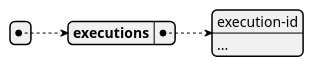
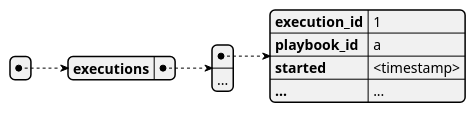
The second of 2 diagrams in docs/content/en/docs/core-components/api-reporter.md (COSSAS/SOARCA), drawn with PlantUML before and after one commit. The commit also changed other lines of this file, not shown here.

Commit message:
change reporter documentation according to review

````diff
--- a/docs/content/en/docs/core-components/api-reporter.md
+++ b/docs/content/en/docs/core-components/api-reporter.md
@@ -38,9 +38,11 @@
 ```plantuml
 @startjson
 [
     {
-        "executions": ["execution-id", "..."]
+        "executions": [
+            {"execution_id" : "1", "playbook_id" : "a", "started" : "<timestamp>", "..." : "..."}, 
+            "..."]
     }
 ]
 @endjson
 ```
````
